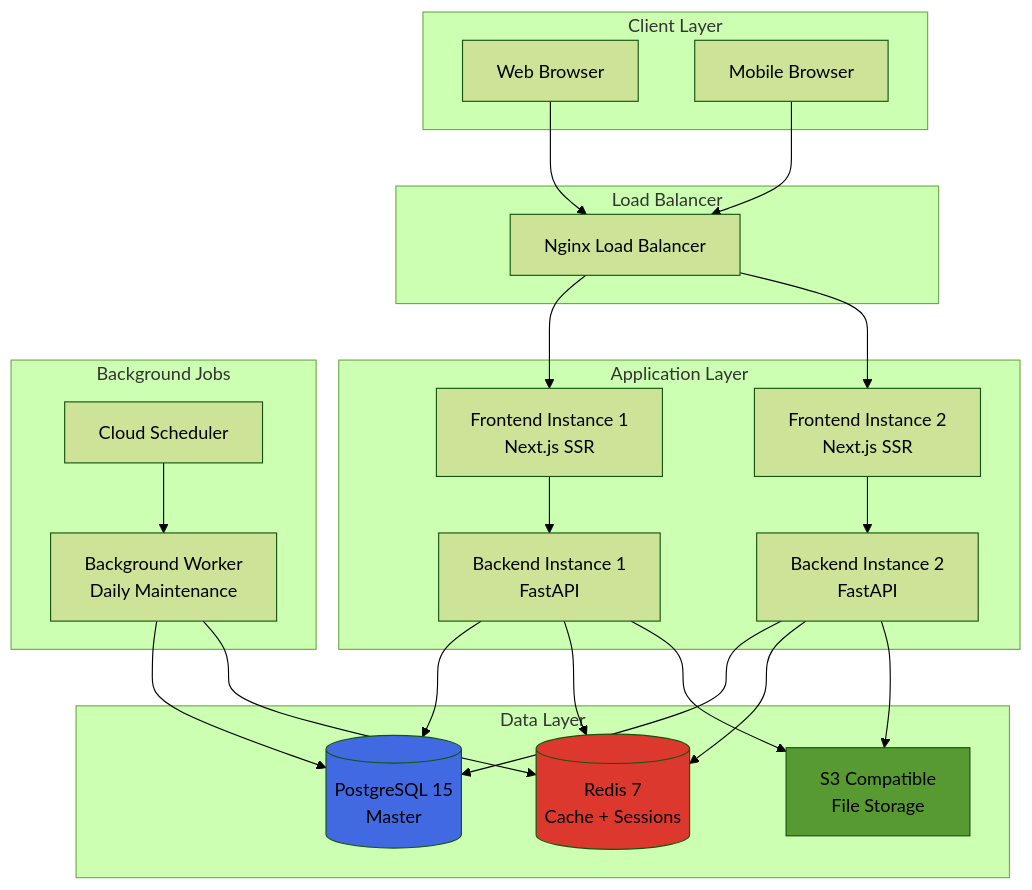
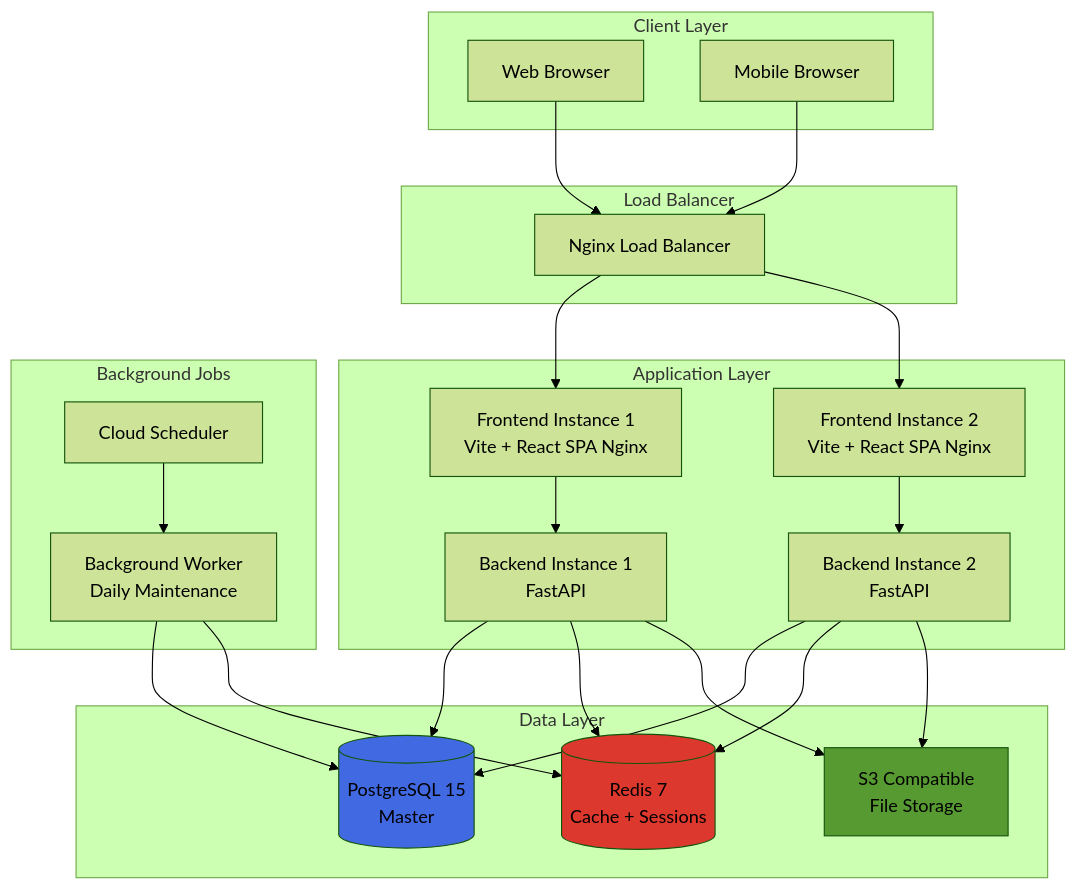
Before and after one commit to Linerror99/Mimo-core: the first of 7 diagrams in docs/ARCHITECTURE.md, drawn with Mermaid (forest theme). The commit also changed other lines of this file and 4 other files, not shown here.

Commit message:
docs: add comprehensive project documentation including architecture, specifications, roadmap, and status

````diff
--- a/docs/ARCHITECTURE.md
+++ b/docs/ARCHITECTURE.md
@@ -60,49 +61,49 @@
 ```mermaid
 graph TB
     subgraph "Client Layer"
         WEB[Web Browser]
         MOBILE[Mobile Browser]
     end
 
     subgraph "Load Balancer"
         LB[Nginx Load Balancer]
     end
 
     subgraph "Application Layer"
-        FE1[Frontend Instance 1<br/>Next.js SSR]
-        FE2[Frontend Instance 2<br/>Next.js SSR]
+        FE1[Frontend Instance 1<br/>Vite + React SPA Nginx]
+        FE2[Frontend Instance 2<br/>Vite + React SPA Nginx]
         API1[Backend Instance 1<br/>FastAPI]
         API2[Backend Instance 2<br/>FastAPI]
     end
 
     subgraph "Data Layer"
         PG[(PostgreSQL 15<br/>Master)]
         REDIS[(Redis 7<br/>Cache + Sessions)]
         S3[S3 Compatible<br/>File Storage]
     end
 
     subgraph "Background Jobs"
         CRON[Cloud Scheduler]
         WORKER[Background Worker<br/>Daily Maintenance]
     end
 
     WEB --> LB
     MOBILE --> LB
     LB --> FE1
     LB --> FE2
     FE1 --> API1
     FE2 --> API2
     API1 --> PG
     API2 --> PG
     API1 --> REDIS
     API2 --> REDIS
     API1 --> S3
     API2 --> S3
     CRON --> WORKER
     WORKER --> PG
     WORKER --> REDIS
 
     style PG fill:#4169E1
     style REDIS fill:#DC382D
     style S3 fill:#569A31
 ```
````
